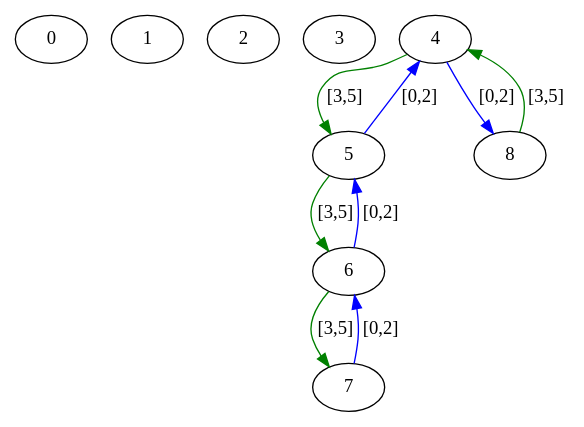
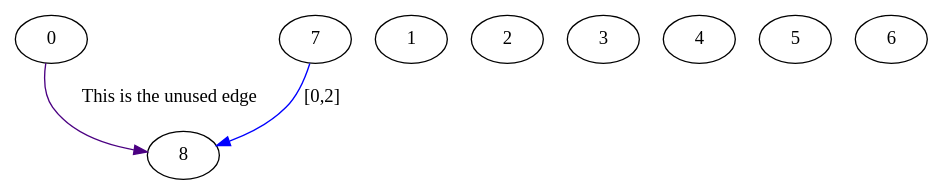
Before and after one commit to Hebbe1234/ExpectAll: the diagram in src/assignedGraphs/assigned.dot, drawn with Graphviz. The commit also changed 5 other files, not shown here.

```diff
--- a/src/assignedGraphs/assigned.dot
+++ b/src/assignedGraphs/assigned.dot
@@ -1,19 +1,13 @@
 digraph  {
 0 [Country="United States", Internal=1, Latitude="42.37843", Longitude="-71.11644", label=0];
 1 [Country="United States", Internal=1, Latitude="37.45383", Longitude="-122.18219", label=1];
 2 [Country="United States", Internal=1, Latitude="34.42083", Longitude="-119.69819", label=2];
 3 [Country="United States", Internal=1, Latitude="34.05223", Longitude="-118.24368", label=3];
 4 [Country="United States", Internal=1, Latitude="34.01945", Longitude="-118.49119", label=4];
 5 [Country="United States", Internal=1, Latitude="34.01945", Longitude="-118.49119", label=5];
 6 [Country="United States", Internal=1, Latitude="40.76078", Longitude="-111.89105", label=6];
 7 [Country="United States", Internal=1, Latitude="42.35954", Longitude="-71.09172", label=7];
 8 [Country="United States", Internal=1, Latitude="42.3751", Longitude="-71.10561", label=8];
-4 -> 8  [color=blue, key=0, label="[0,2]"];
-4 -> 5  [color=green, key=0, label="[3,5]"];
-5 -> 4  [color=blue, key=0, label="[0,2]"];
-5 -> 6  [color=green, key=0, label="[3,5]"];
-6 -> 5  [color=blue, key=0, label="[0,2]"];
-6 -> 7  [color=green, key=0, label="[3,5]"];
-7 -> 6  [color=blue, key=0, label="[0,2]"];
-8 -> 4  [color=green, key=0, label="[3,5]"];
+0 -> 8  [color=indigo, key=0, label="This is the unused edge "];
+7 -> 8  [color=blue, key=0, label="[0,2]"];
 }
```
